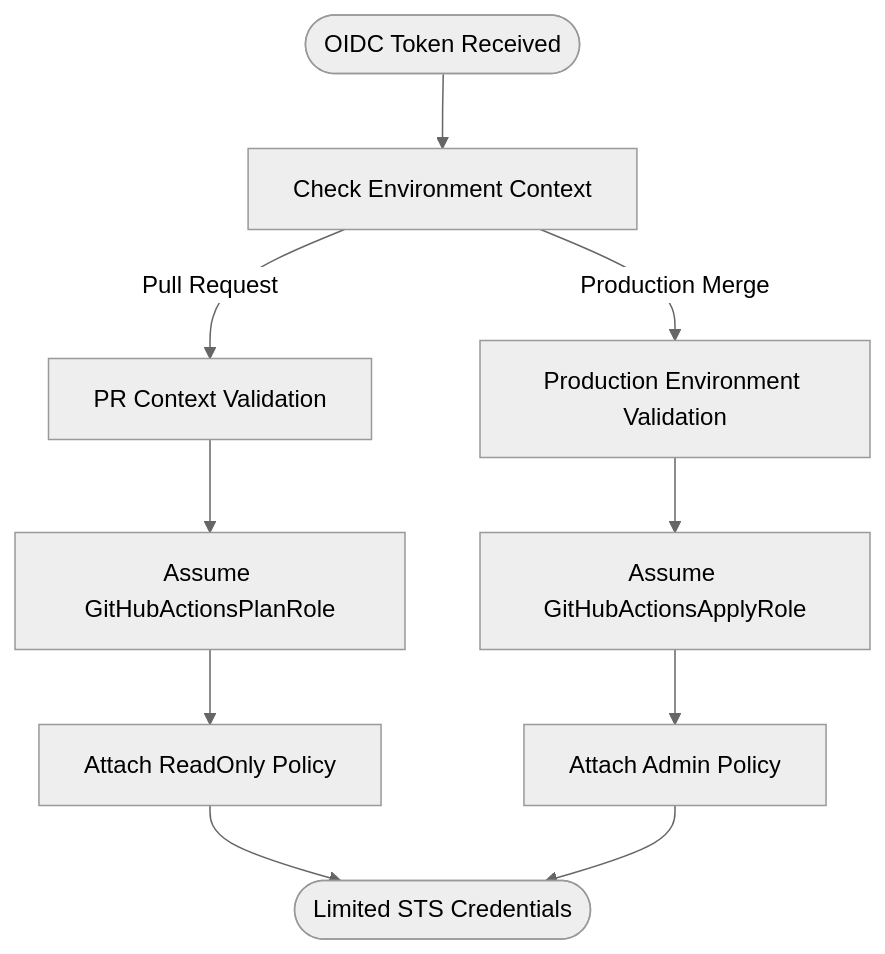
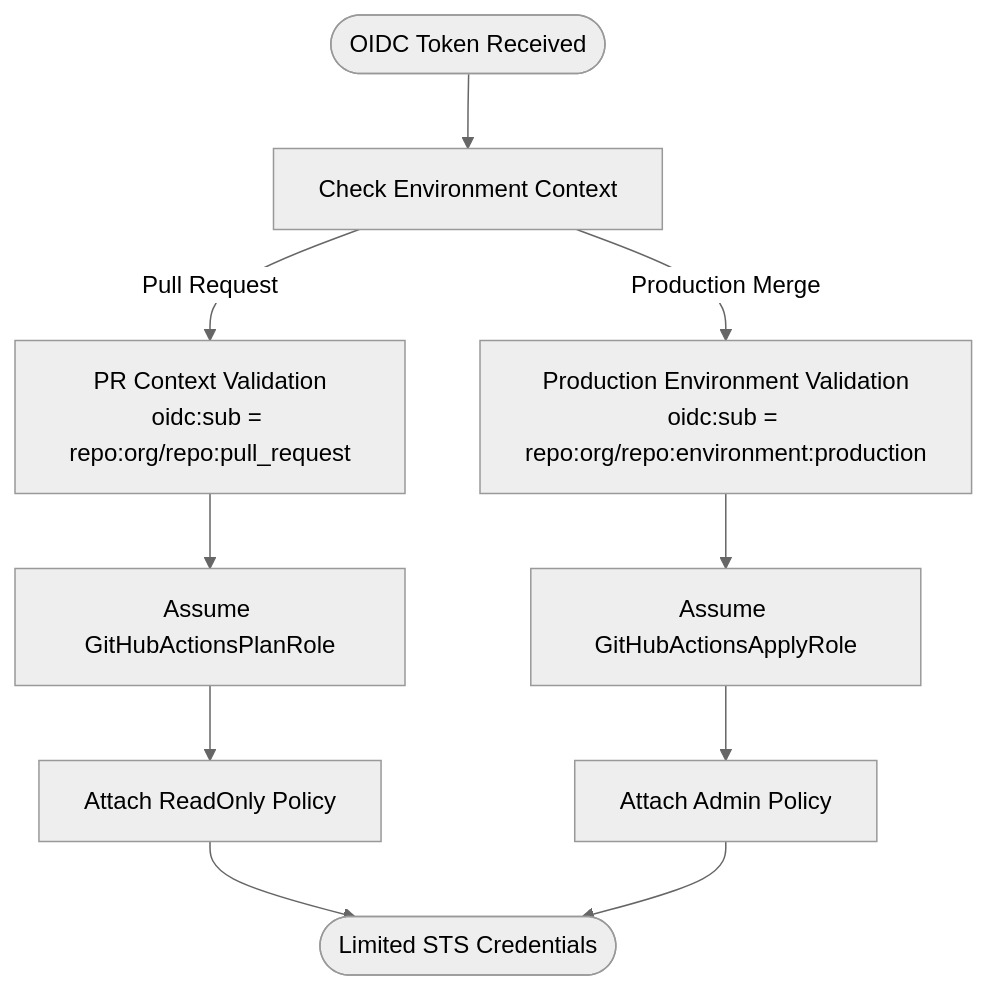
Before and after one commit to AlibabaCloudLandingZone/alibabacloud-landingzone-accelerator-github-demo: the fourth of 9 diagrams in .qoder/repowiki/en/content/Security Model/Security Model.md, drawn with Mermaid (neutral theme). The commit also changed other lines of this file and 34 other files, not shown here.

````diff
--- a/.qoder/repowiki/en/content/Security Model/Security Model.md
+++ b/.qoder/repowiki/en/content/Security Model/Security Model.md
@@ -122,12 +151,12 @@
 ```mermaid
 flowchart TD
 Start(["OIDC Token Received"]) --> CheckEnv["Check Environment Context"]
-CheckEnv --> |Pull Request| PR["PR Context Validation"]
-CheckEnv --> |Production Merge| PROD["Production Environment Validation"]
+CheckEnv --> |Pull Request| PR["PR Context Validation<br/>oidc:sub = repo:org/repo:pull_request"]
+CheckEnv --> |Production Merge| PROD["Production Environment Validation<br/>oidc:sub = repo:org/repo:environment:production"]
 PR --> PlanRole["Assume GitHubActionsPlanRole"]
 PROD --> ApplyRole["Assume GitHubActionsApplyRole"]
 PlanRole --> PlanPolicy["Attach ReadOnly Policy"]
 ApplyRole --> ApplyPolicy["Attach Admin Policy"]
 PlanPolicy --> End(["Limited STS Credentials"])
 ApplyPolicy --> End
 ```
````
